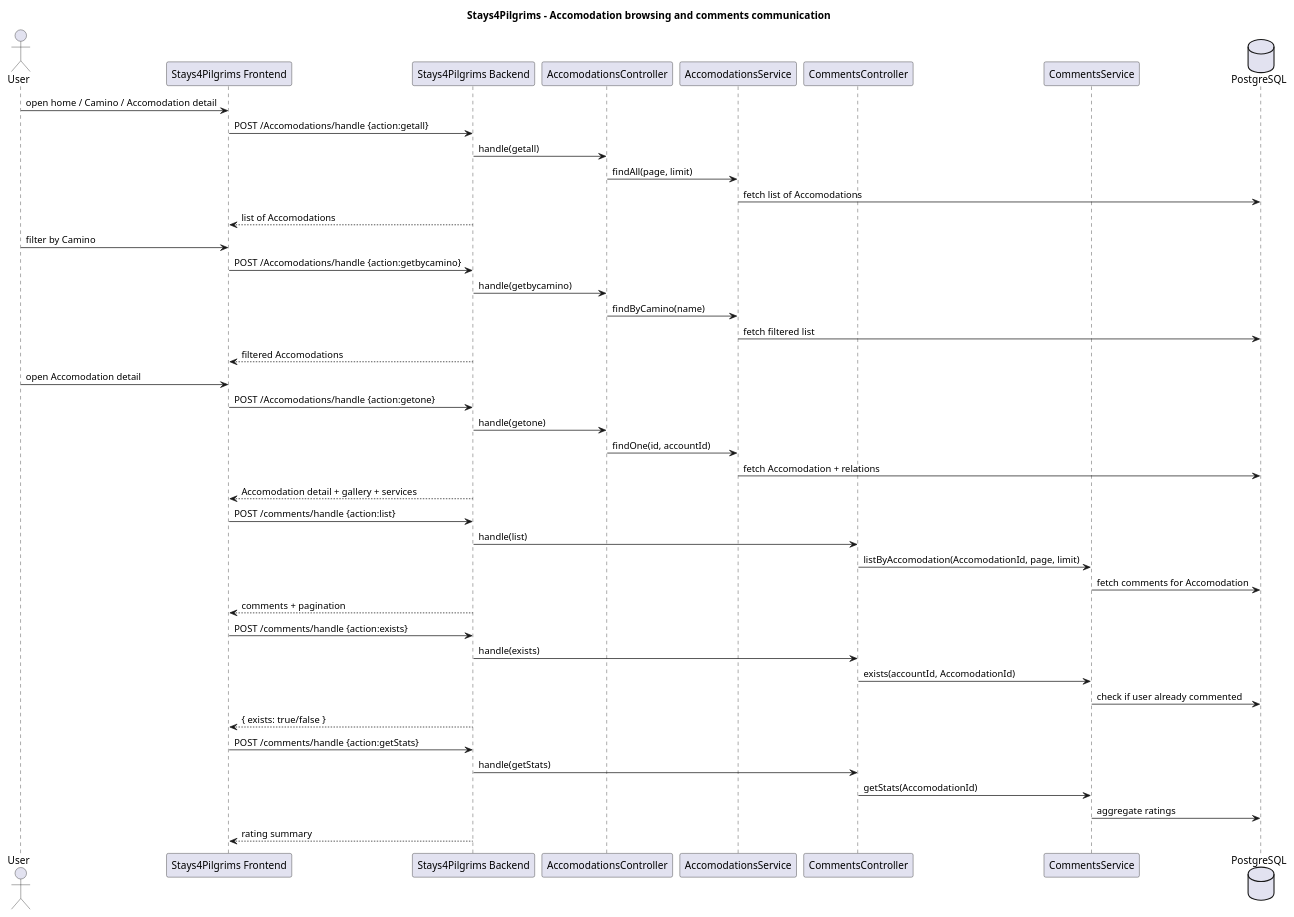
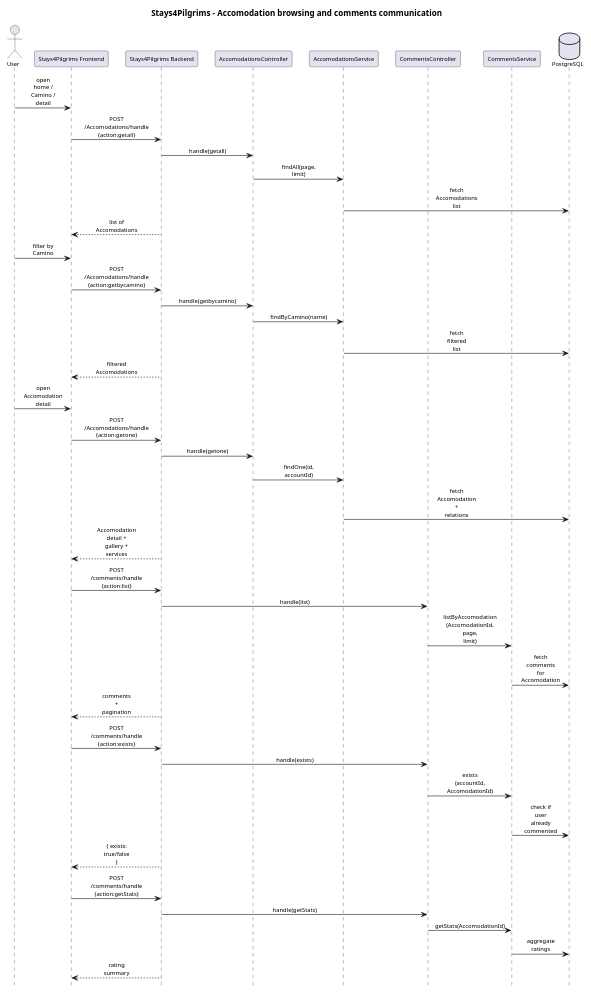
One commit to alegna83/cookbook-be changed the diagram in docs/diagrams/communication-accommodation-flow.puml. Above: the diagram before and after it, drawn with PlantUML. The commit also changed 25 other files, not shown here.

Commit message:
docs(diagrams): optimize architecture and communication diagrams for A4 readability

```diff
--- a/docs/diagrams/communication-accommodation-flow.puml
+++ b/docs/diagrams/communication-accommodation-flow.puml
@@ -1,52 +1,63 @@
 @startuml
 title Stays4Pilgrims - Accomodation browsing and comments communication
+scale 0.80
+hide footbox
+skinparam defaultFontName Arial
+skinparam defaultFontSize 10
+skinparam maxMessageSize 46
+skinparam sequence {
+	ParticipantPadding 10
+	BoxPadding 8
+	MessageAlign center
+	ArrowThickness 1
+}
 
 actor User
 participant "Stays4Pilgrims Frontend" as FE
 participant "Stays4Pilgrims Backend" as BE
 participant "AccomodationsController" as AccomodationsController
 participant "AccomodationsService" as AccomodationsService
 participant "CommentsController" as CommentsController
 participant "CommentsService" as CommentsService
 database "PostgreSQL" as DB
 
-User -> FE : open home / Camino / Accomodation detail
-FE -> BE : POST /Accomodations/handle {action:getall}
+User -> FE : open home / Camino / detail
+FE -> BE : POST /Accomodations/handle\n{action:getall}
 BE -> AccomodationsController : handle(getall)
 AccomodationsController -> AccomodationsService : findAll(page, limit)
-AccomodationsService -> DB : fetch list of Accomodations
+AccomodationsService -> DB : fetch Accomodations list
 BE --> FE : list of Accomodations
 
 User -> FE : filter by Camino
-FE -> BE : POST /Accomodations/handle {action:getbycamino}
+FE -> BE : POST /Accomodations/handle\n{action:getbycamino}
 BE -> AccomodationsController : handle(getbycamino)
 AccomodationsController -> AccomodationsService : findByCamino(name)
 AccomodationsService -> DB : fetch filtered list
 BE --> FE : filtered Accomodations
 
 User -> FE : open Accomodation detail
-FE -> BE : POST /Accomodations/handle {action:getone}
+FE -> BE : POST /Accomodations/handle\n{action:getone}
 BE -> AccomodationsController : handle(getone)
 AccomodationsController -> AccomodationsService : findOne(id, accountId)
 AccomodationsService -> DB : fetch Accomodation + relations
 BE --> FE : Accomodation detail + gallery + services
 
-FE -> BE : POST /comments/handle {action:list}
+FE -> BE : POST /comments/handle\n{action:list}
 BE -> CommentsController : handle(list)
-CommentsController -> CommentsService : listByAccomodation(AccomodationId, page, limit)
+CommentsController -> CommentsService : listByAccomodation\n(AccomodationId, page, limit)
 CommentsService -> DB : fetch comments for Accomodation
 BE --> FE : comments + pagination
 
-FE -> BE : POST /comments/handle {action:exists}
+FE -> BE : POST /comments/handle\n{action:exists}
 BE -> CommentsController : handle(exists)
-CommentsController -> CommentsService : exists(accountId, AccomodationId)
+CommentsController -> CommentsService : exists\n(accountId, AccomodationId)
 CommentsService -> DB : check if user already commented
 BE --> FE : { exists: true/false }
 
-FE -> BE : POST /comments/handle {action:getStats}
+FE -> BE : POST /comments/handle\n{action:getStats}
 BE -> CommentsController : handle(getStats)
 CommentsController -> CommentsService : getStats(AccomodationId)
 CommentsService -> DB : aggregate ratings
 BE --> FE : rating summary
 
 @enduml
```
